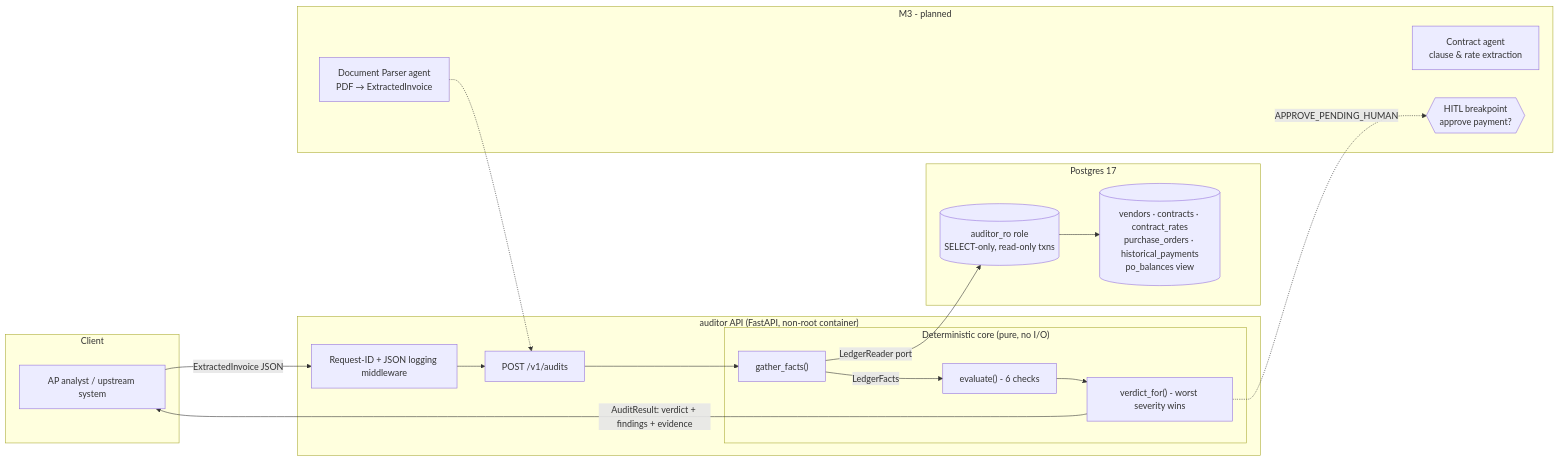
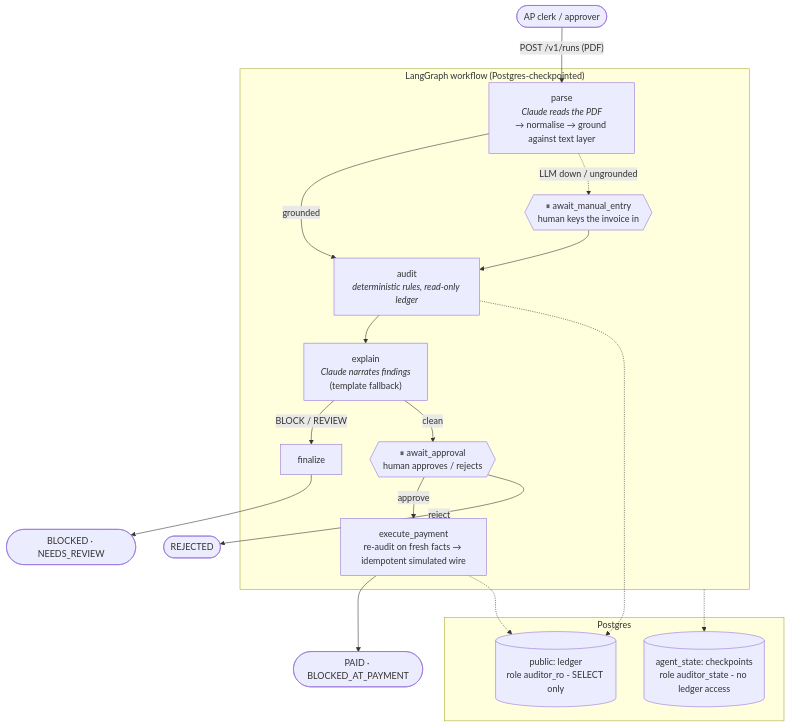
The diagram in README.md (zainabbas14/aegis-target-auditor-CICD-harness), drawn with Mermaid before and after one commit. The commit also changed other lines of this file and 35 other files, not shown here.

Commit message:
feat(agents): LangGraph workflow, Claude parser with grounding, HITL, fallbacks

````diff
--- a/README.md
+++ b/README.md
@@ -41,34 +41,32 @@
 ```mermaid
-flowchart LR
-    subgraph Client
-        U[AP analyst / upstream system]
+flowchart TD
+    U([AP clerk / approver]) -->|"POST /v1/runs (PDF)"| P
+
+    subgraph G["LangGraph workflow (Postgres-checkpointed)"]
+        P["parse<br/><i>Claude reads the PDF</i><br/>→ normalise → ground against text layer"]
+        M{{"⏸ await_manual_entry<br/>human keys the invoice in"}}
+        A["audit<br/><i>deterministic rules, read-only ledger</i>"]
+        E["explain<br/><i>Claude narrates findings</i><br/>(template fallback)"]
+        F[finalize]
+        H{{"⏸ await_approval<br/>human approves / rejects"}}
+        X["execute_payment<br/>re-audit on fresh facts → idempotent simulated wire"]
+        P -->|grounded| A
+        P -.->|"LLM down / ungrounded"| M --> A
+        A --> E
+        E -->|"BLOCK / REVIEW"| F
+        E -->|clean| H
+        H -->|approve| X
     end
 
-    subgraph API["auditor API (FastAPI, non-root container)"]
-        MW[Request-ID + JSON logging middleware]
-        EP["POST /v1/audits"]
-        subgraph Core["Deterministic core (pure, no I/O)"]
-            GF["gather_facts()"]
-            EV["evaluate() - 6 checks"]
-            VD["verdict_for() - worst severity wins"]
-        end
+    F --> R1([BLOCKED · NEEDS_REVIEW])
+    H -->|reject| R2([REJECTED])
+    X --> R3([PAID · BLOCKED_AT_PAYMENT])
+
+    subgraph DB["Postgres"]
+        L[("public: ledger<br/>role auditor_ro - SELECT only")]
+        S[("agent_state: checkpoints<br/>role auditor_state - no ledger access")]
     end
-
-    subgraph Data["Postgres 17"]
-        RO[(auditor_ro role<br/>SELECT-only, read-only txns)]
-        T[(vendors · contracts · contract_rates<br/>purchase_orders · historical_payments<br/>po_balances view)]
-    end
-
-    U -->|ExtractedInvoice JSON| MW --> EP --> GF
-    GF -->|LedgerReader port| RO --> T
-    GF -->|LedgerFacts| EV --> VD
-    VD -->|AuditResult: verdict + findings + evidence| U
-
-    subgraph M3["M3 - planned"]
-        P[Document Parser agent<br/>PDF → ExtractedInvoice]
-        C[Contract agent<br/>clause & rate extraction]
-        H{{HITL breakpoint<br/>approve payment?}}
-    end
-    P -.-> EP
-    VD -.->|APPROVE_PENDING_HUMAN| H
+    A -.-> L
+    X -.-> L
+    G -.-> S
 ```
````
